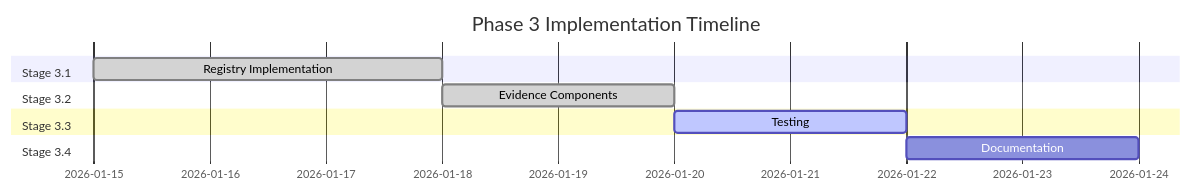
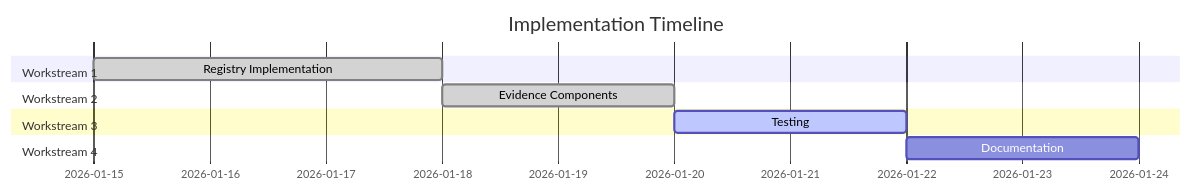
One commit to bryce-seefieldt/portfolio-docs changed the sixth of 25 diagrams in docs/70-reference/mermaid-diagram-style-guide.md. Above: the diagram before and after it, drawn with Mermaid. The commit also changed other lines of this file and 85 other files, not shown here.

````diff
--- a/docs/70-reference/mermaid-diagram-style-guide.md
+++ b/docs/70-reference/mermaid-diagram-style-guide.md
@@ -340,13 +340,13 @@
 ```mermaid
 gantt
-    title Phase 3 Implementation Timeline
+    title Implementation Timeline
     dateFormat YYYY-MM-DD
-    section Stage 3.1
+    section Workstream 1
     Registry Implementation    :done, s31, 2026-01-15, 3d
-    section Stage 3.2
+    section Workstream 2
     Evidence Components       :done, s32, 2026-01-18, 2d
-    section Stage 3.3
+    section Workstream 3
     Testing                   :active, s33, 2026-01-20, 2d
-    section Stage 3.4
+    section Workstream 4
     Documentation             :s34, 2026-01-22, 2d
 ```
````
